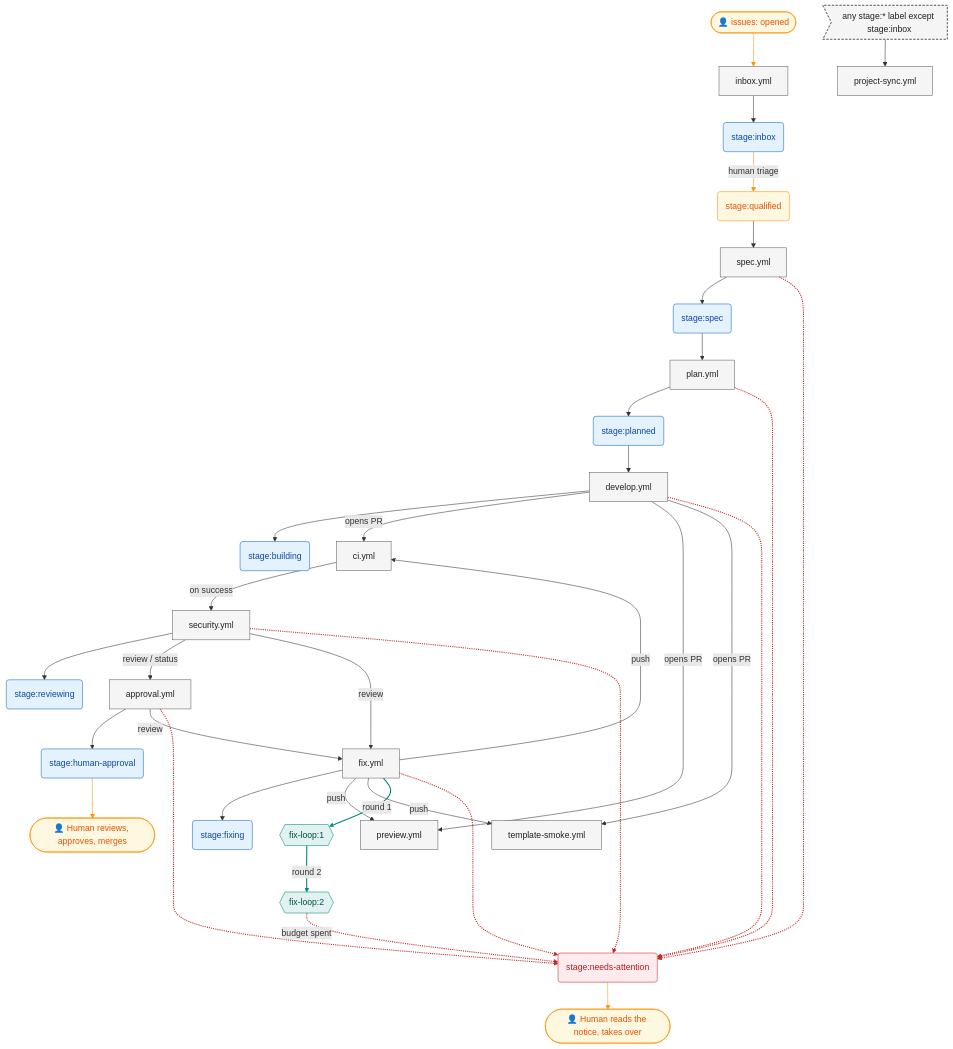
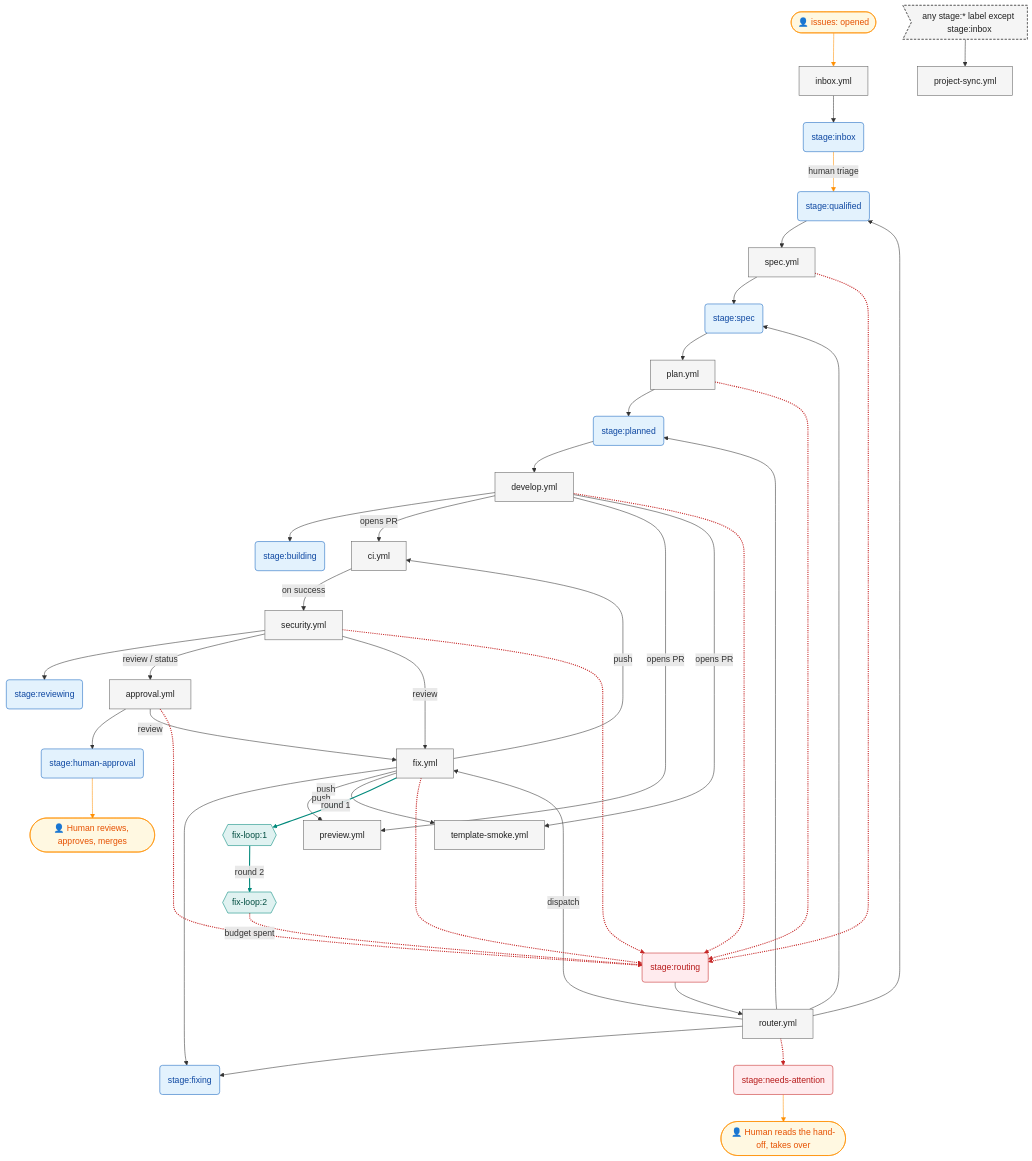
Before and after one commit to menashsoffer/nx-ai-agents-workspace: the diagram in docs/pipeline-map.md, drawn with Mermaid. The commit also changed other lines of this file and 10 other files, not shown here.

First line of the commit message:
Map the router: stage:routing, dispatch edges, upsert vs append

````diff
--- a/docs/pipeline-map.md
+++ b/docs/pipeline-map.md
@@ -17,7 +17,7 @@
   g_project_sync_stage_>"any stage:* label except stage:inbox"]
   h_src_inbox(["👤 issues: opened"])
   h_stage_human_approval(["👤 Human reviews, approves, merges"])
-  h_stage_needs_attention(["👤 Human reads the notice, takes over"])
+  h_stage_needs_attention(["👤 Human reads the hand-off, takes over"])
   l_fix_loop_1{{"fix-loop:1"}}
   l_fix_loop_2{{"fix-loop:2"}}
   s_stage_building("stage:building")
@@ -28,6 +28,7 @@
   s_stage_planned("stage:planned")
   s_stage_qualified("stage:qualified")
   s_stage_reviewing("stage:reviewing")
+  s_stage_routing("stage:routing")
   s_stage_spec("stage:spec")
   w_approval["approval.yml"]
   w_ci["ci.yml"]
@@ -37,6 +38,7 @@
   w_plan["plan.yml"]
   w_preview["preview.yml"]
   w_project_sync["project-sync.yml"]
+  w_router["router.yml"]
   w_security["security.yml"]
   w_spec["spec.yml"]
   w_template_smoke["template-smoke.yml"]
@@ -47,12 +49,17 @@
   g_project_sync_stage_ --> w_project_sync
   s_stage_planned --> w_develop
   s_stage_qualified --> w_spec
+  s_stage_routing --> w_router
   s_stage_spec --> w_plan
   w_approval --> s_stage_human_approval
   w_develop --> s_stage_building
   w_fix --> s_stage_fixing
   w_inbox --> s_stage_inbox
   w_plan --> s_stage_planned
+  w_router --> s_stage_fixing
+  w_router --> s_stage_planned
+  w_router --> s_stage_qualified
+  w_router --> s_stage_spec
   w_security --> s_stage_reviewing
   w_spec --> s_stage_spec
   w_approval -->|"review"| w_fix
@@ -63,30 +70,32 @@
   w_fix -->|"push"| w_ci
   w_fix -->|"push"| w_preview
   w_fix -->|"push"| w_template_smoke
+  w_router -->|"dispatch"| w_fix
   w_security -->|"review / status"| w_approval
   w_security -->|"review"| w_fix
   l_fix_loop_1 -->|"round 2"| l_fix_loop_2
   w_fix -->|"round 1"| l_fix_loop_1
-  l_fix_loop_2 -.->|"budget spent"| s_stage_needs_attention
-  w_approval -.-> s_stage_needs_attention
-  w_develop -.-> s_stage_needs_attention
-  w_fix -.-> s_stage_needs_attention
-  w_plan -.-> s_stage_needs_attention
-  w_security -.-> s_stage_needs_attention
-  w_spec -.-> s_stage_needs_attention
+  l_fix_loop_2 -.->|"budget spent"| s_stage_routing
+  w_approval -.-> s_stage_routing
+  w_develop -.-> s_stage_routing
+  w_fix -.-> s_stage_routing
+  w_plan -.-> s_stage_routing
+  w_router -.-> s_stage_needs_attention
+  w_security -.-> s_stage_routing
+  w_spec -.-> s_stage_routing
   classDef stage fill:#e3f2fd,stroke:#1565c0,color:#0d47a1
   classDef workflow fill:#f5f5f5,stroke:#616161,color:#212121
   classDef gate fill:#f5f5f5,stroke:#616161,color:#212121,stroke-dasharray:4 3
   classDef problem fill:#ffebee,stroke:#c62828,color:#b71c1c
   classDef human fill:#fff8e1,stroke:#ff8f00,color:#e65100
   classDef loop fill:#e0f2f1,stroke:#00897b,color:#004d40
-  class s_stage_building,s_stage_fixing,s_stage_human_approval,s_stage_inbox,s_stage_planned,s_stage_reviewing,s_stage_spec stage
-  class w_approval,w_ci,w_develop,w_fix,w_inbox,w_plan,w_preview,w_project_sync,w_security,w_spec,w_template_smoke workflow
+  class s_stage_building,s_stage_fixing,s_stage_human_approval,s_stage_inbox,s_stage_planned,s_stage_qualified,s_stage_reviewing,s_stage_spec stage
+  class w_approval,w_ci,w_develop,w_fix,w_inbox,w_plan,w_preview,w_project_sync,w_router,w_security,w_spec,w_template_smoke workflow
   class g_project_sync_stage_ gate
-  class s_stage_needs_attention problem
-  class h_src_inbox,h_stage_human_approval,h_stage_needs_attention,s_stage_qualified human
+  class s_stage_needs_attention,s_stage_routing problem
+  class h_src_inbox,h_stage_human_approval,h_stage_needs_attention human
   class l_fix_loop_1,l_fix_loop_2 loop
-  linkStyle 27,28,29,30,31,32,33 stroke:#c62828,stroke-width:2px
-  linkStyle 25,26 stroke:#00897b,stroke-width:2px
+  linkStyle 33,34,35,36,37,38,39,40 stroke:#c62828,stroke-width:2px
+  linkStyle 31,32 stroke:#00897b,stroke-width:2px
   linkStyle 0,1,2,3 stroke:#ff8f00
 ```
````
